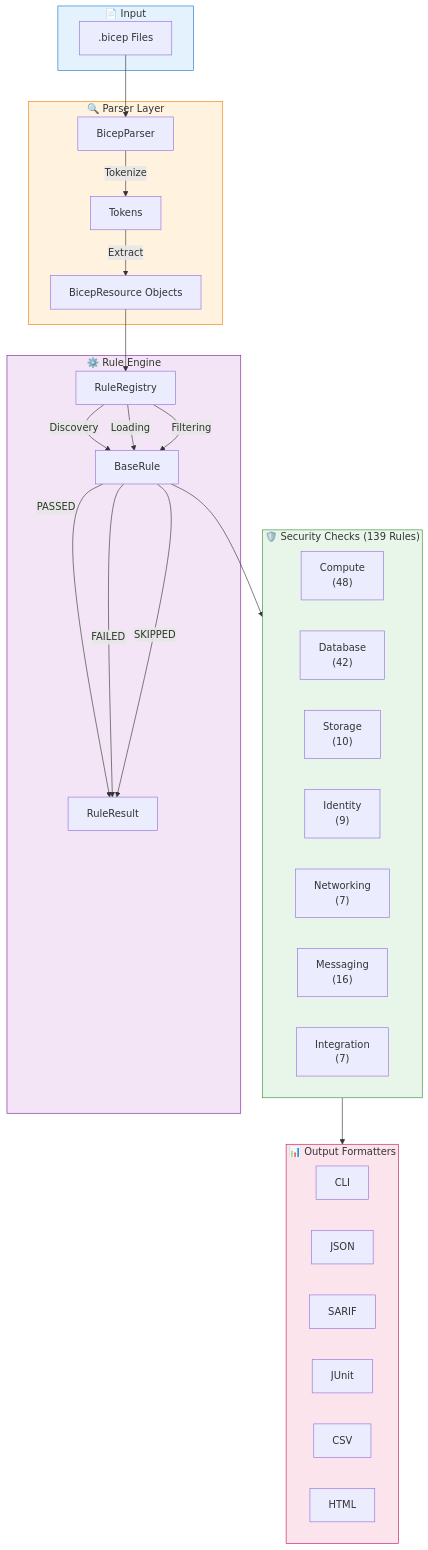
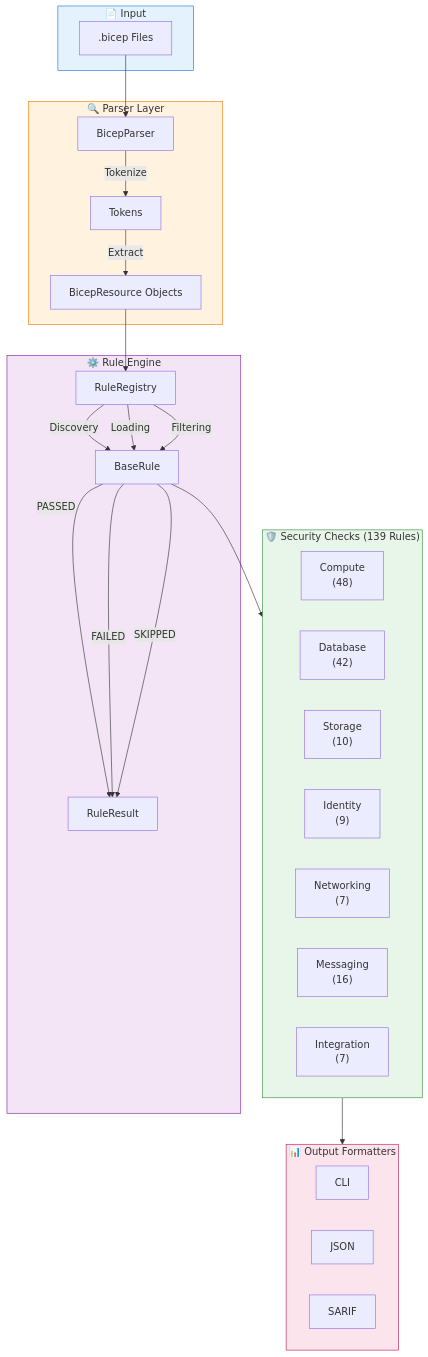
The second of 10 diagrams in README.md (gustcol/biceps-check), drawn with Mermaid before and after one commit. The commit also changed other lines of this file and 33 other files, not shown here.

````diff
--- a/README.md
+++ b/README.md
@@ -81,57 +81,54 @@
 ```mermaid
 flowchart TB
     subgraph input ["📄 Input"]
         BICEP[".bicep Files"]
     end
 
     subgraph parser ["🔍 Parser Layer"]
         BP[BicepParser]
         BP --> |Tokenize| TOK[Tokens]
         TOK --> |Extract| RES[BicepResource Objects]
     end
 
     subgraph engine ["⚙️ Rule Engine"]
         REG[RuleRegistry]
         BASE[BaseRule]
         RESULT[RuleResult]
 
         REG --> |Discovery| BASE
         REG --> |Loading| BASE
         REG --> |Filtering| BASE
         BASE --> |PASSED| RESULT
         BASE --> |FAILED| RESULT
         BASE --> |SKIPPED| RESULT
     end
 
     subgraph checks ["🛡️ Security Checks (139 Rules)"]
         direction LR
         C1["Compute\n(48)"]
         C2["Database\n(42)"]
         C3["Storage\n(10)"]
         C4["Identity\n(9)"]
         C5["Networking\n(7)"]
         C6["Messaging\n(16)"]
         C7["Integration\n(7)"]
     end
 
     subgraph output ["📊 Output Formatters"]
         direction LR
         O1[CLI]
         O2[JSON]
         O3[SARIF]
-        O4[JUnit]
-        O5[CSV]
-        O6[HTML]
     end
 
     BICEP --> BP
     RES --> REG
     BASE --> checks
     checks --> output
 
     style input fill:#e3f2fd,stroke:#1976d2
     style parser fill:#fff3e0,stroke:#f57c00
     style engine fill:#f3e5f5,stroke:#7b1fa2
     style checks fill:#e8f5e9,stroke:#388e3c
     style output fill:#fce4ec,stroke:#c2185b
 ```
````
